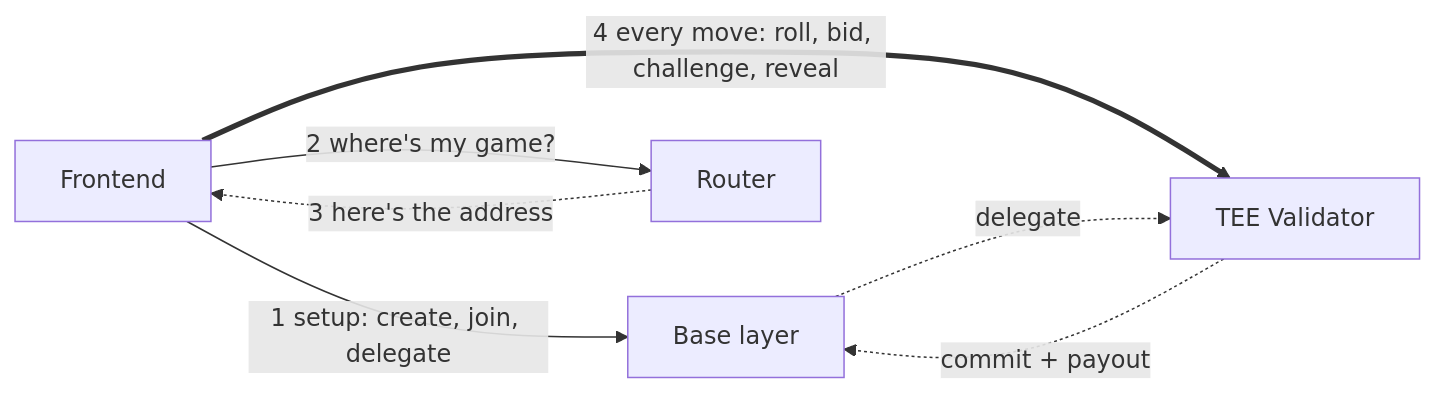
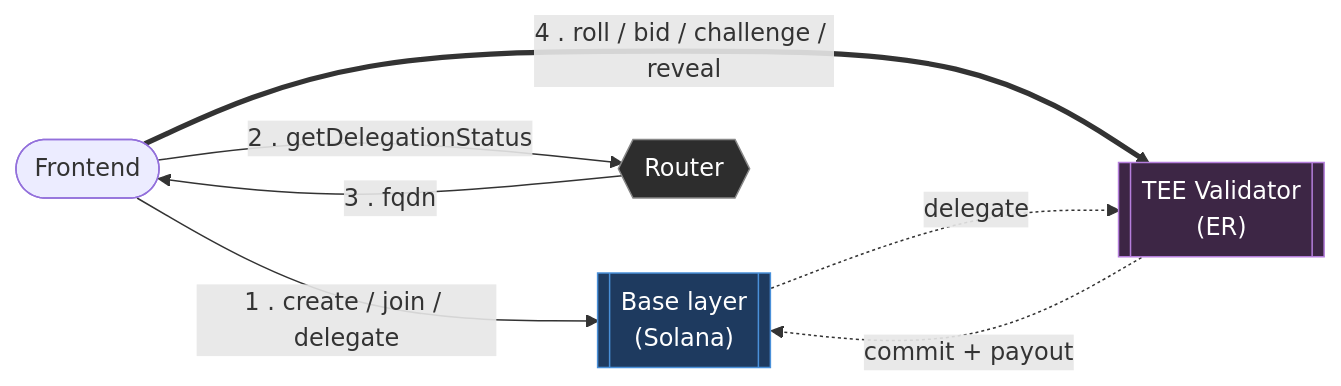
The first of 3 diagrams in docs/architecture.md (mut0xE/liar-dice), drawn with Mermaid before and after one commit. The commit also changed other lines of this file and 15 other files, not shown here.

````diff
--- a/docs/architecture.md
+++ b/docs/architecture.md
@@ -26,14 +24,21 @@
 ```mermaid
 flowchart LR
-    Client[Frontend]
-    Base[Base layer]
-    Router[Router]
-    ER[TEE Validator]
+    Client([Frontend])
+    Base[["Base layer<br/>(Solana)"]]
+    Router{{Router}}
+    ER[["TEE Validator<br/>(ER)"]]
 
-    Client -->|"1 setup: create, join, delegate"| Base
-    Client -->|"2 where's my game?"| Router
-    Router -.->|"3 here's the address"| Client
-    Client ==>|"4 every move: roll, bid, challenge, reveal"| ER
-    Base -.delegate.-> ER
-    ER -.commit + payout.-> Base
+    Client -- "1 . create / join / delegate" --> Base
+    Client -- "2 . getDelegationStatus" --> Router
+    Router -- "3 . fqdn" --> Client
+    Client == "4 . roll / bid / challenge / reveal" ==> ER
+    Base -. delegate .-> ER
+    ER -. commit + payout .-> Base
+
+    classDef base fill:#1e3a5f,stroke:#4a90d9,color:#fff
+    classDef er fill:#3d2645,stroke:#b57edc,color:#fff
+    classDef router fill:#2d2d2d,stroke:#888,color:#fff
+    class Base base
+    class ER er
+    class Router router
 ```
````
